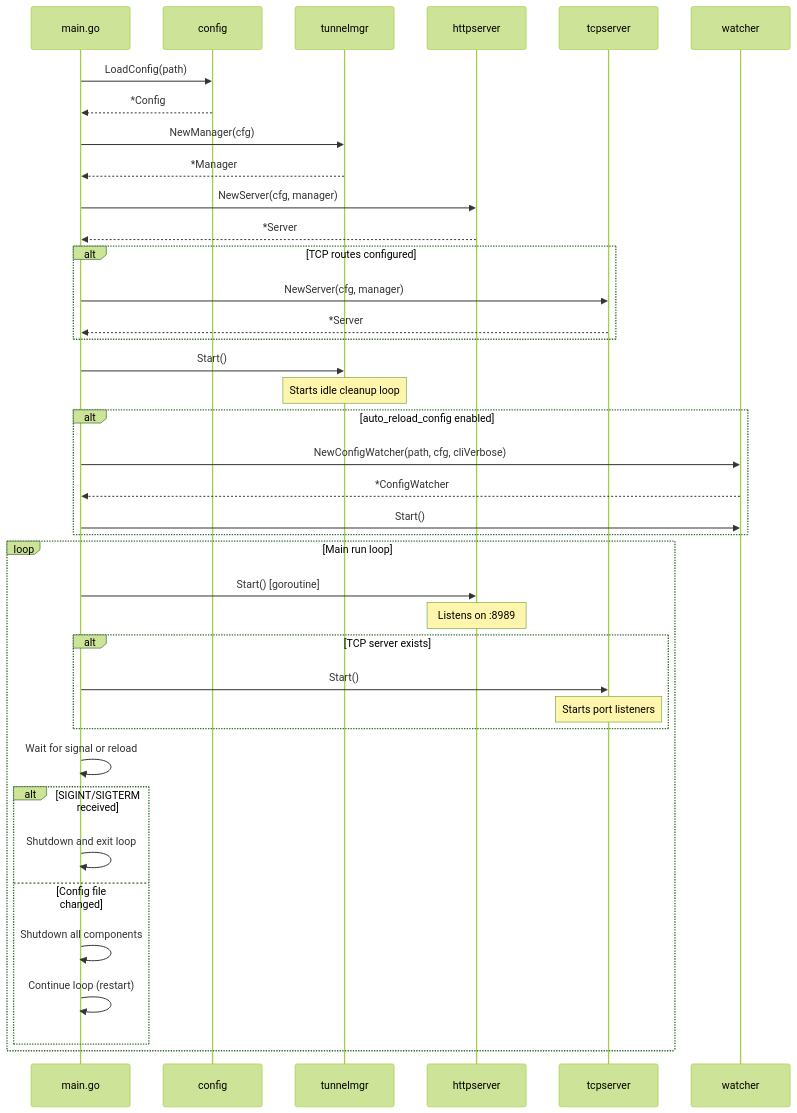
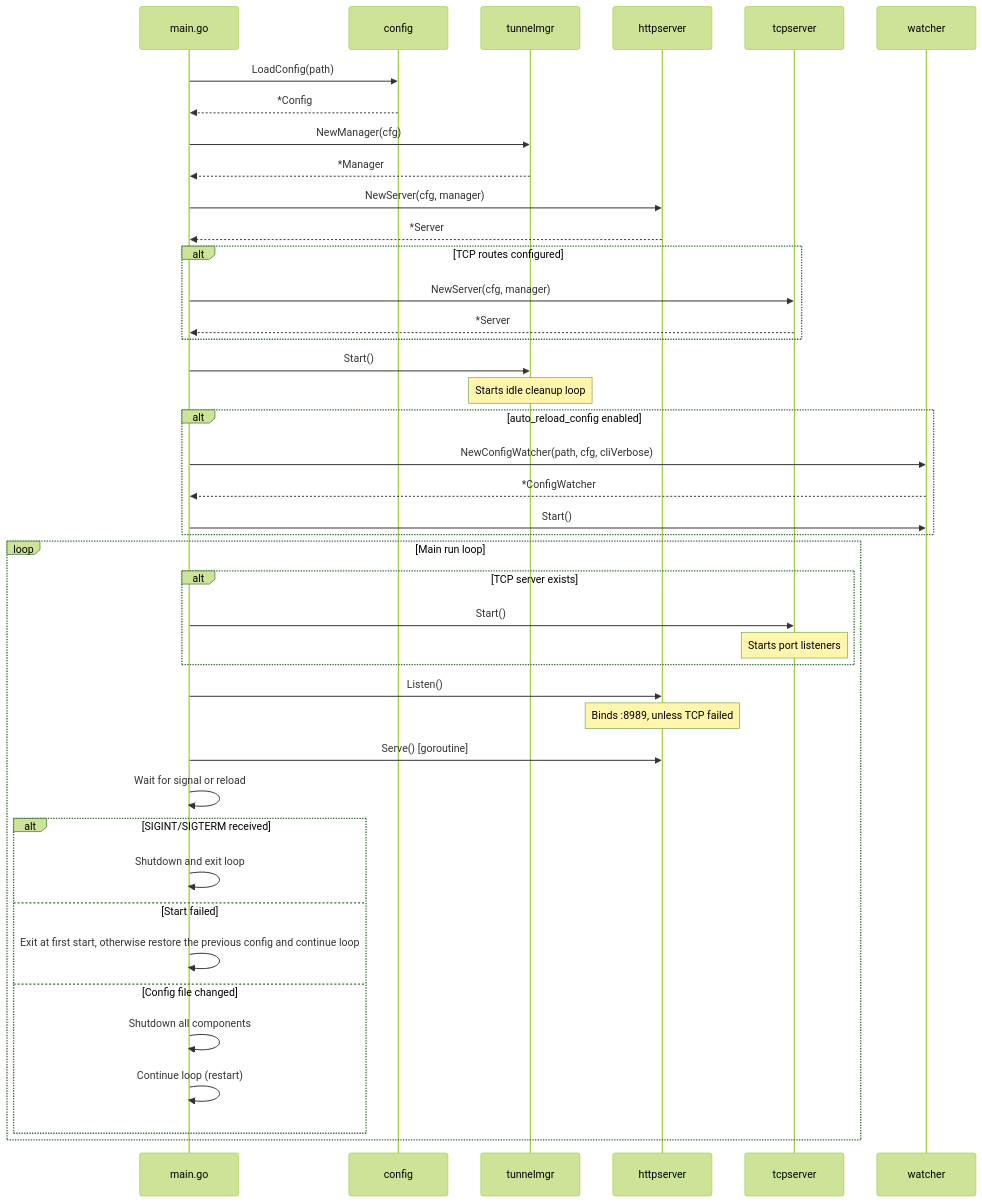
The first of 11 diagrams in internal/README.md (atas/autotunnel), drawn with Mermaid (forest theme) before and after one commit. The commit also changed other lines of this file and 13 other files, not shown here.

````diff
--- a/internal/README.md
+++ b/internal/README.md
@@ -9,50 +9,53 @@
 ```mermaid
 sequenceDiagram
     participant main as main.go
     participant cfg as config
     participant mgr as tunnelmgr
     participant http as httpserver
     participant tcp as tcpserver
     participant watch as watcher
 
     main->>cfg: LoadConfig(path)
     cfg-->>main: *Config
 
     main->>mgr: NewManager(cfg)
     mgr-->>main: *Manager
 
     main->>http: NewServer(cfg, manager)
     http-->>main: *Server
 
     alt TCP routes configured
         main->>tcp: NewServer(cfg, manager)
         tcp-->>main: *Server
     end
 
     main->>mgr: Start()
     Note over mgr: Starts idle cleanup loop
 
     alt auto_reload_config enabled
         main->>watch: NewConfigWatcher(path, cfg, cliVerbose)
         watch-->>main: *ConfigWatcher
         main->>watch: Start()
     end
 
     loop Main run loop
-        main->>http: Start() [goroutine]
-        Note over http: Listens on :8989
-
         alt TCP server exists
             main->>tcp: Start()
             Note over tcp: Starts port listeners
         end
 
+        main->>http: Listen()
+        Note over http: Binds :8989, unless TCP failed
+        main->>http: Serve() [goroutine]
+
         main->>main: Wait for signal or reload
         alt SIGINT/SIGTERM received
             main->>main: Shutdown and exit loop
+        else Start failed
+            main->>main: Exit at first start, otherwise restore the previous config and continue loop
         else Config file changed
             main->>main: Shutdown all components
             main->>main: Continue loop (restart)
         end
     end
 ```
````
